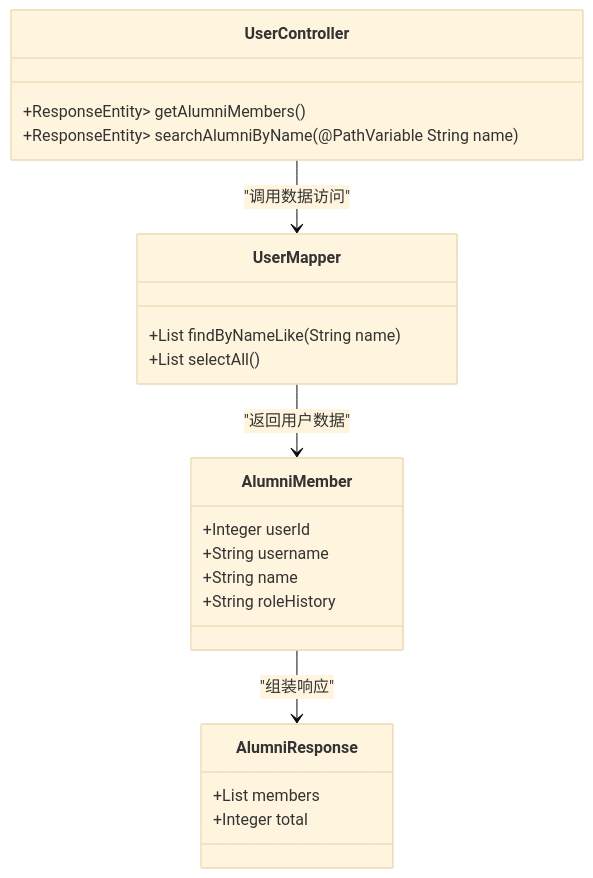
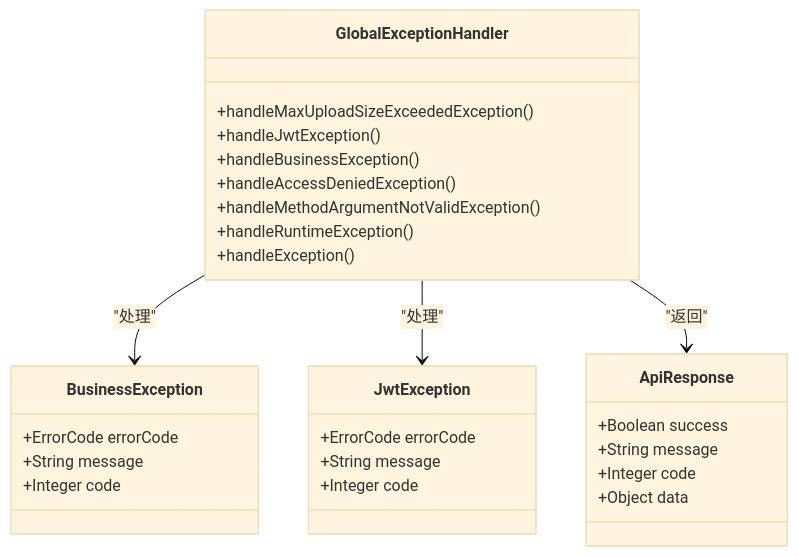
One commit to Redmoon-2333/HumanResourceOfficial changed diagram 11 of 12 in .qoder/repowiki/zh/content/项目概述.md. Above: the diagram before and after it, drawn with Mermaid (base theme). The commit also changed other lines of this file and 60 other files, not shown here.

````diff
--- a/.qoder/repowiki/zh/content/项目概述.md
+++ b/.qoder/repowiki/zh/content/项目概述.md
@@ -294,24 +570,31 @@
 ```mermaid
 classDiagram
-class AlumniMember {
-+Integer userId
-+String username
-+String name
-+String roleHistory
+class GlobalExceptionHandler {
++handleMaxUploadSizeExceededException()
++handleJwtException()
++handleBusinessException()
++handleAccessDeniedException()
++handleMethodArgumentNotValidException()
++handleRuntimeException()
++handleException()
 }
-class AlumniResponse {
-+List<AlumniMember> members
-+Integer total
+class BusinessException {
++ErrorCode errorCode
++String message
++Integer code
 }
-class UserController {
-+ResponseEntity<ApiResponse<AlumniResponse>> getAlumniMembers()
-+ResponseEntity<ApiResponse<AlumniResponse>> searchAlumniByName(@PathVariable String name)
+class JwtException {
++ErrorCode errorCode
++String message
++Integer code
 }
-class UserMapper {
-+List<User> findByNameLike(String name)
-+List<User> selectAll()
+class ApiResponse {
++Boolean success
++String message
++Integer code
++Object data
 }
-UserController --> UserMapper : "调用数据访问"
-UserMapper --> AlumniMember : "返回用户数据"
-AlumniMember --> AlumniResponse : "组装响应"
+GlobalExceptionHandler --> BusinessException : "处理"
+GlobalExceptionHandler --> JwtException : "处理"
+GlobalExceptionHandler --> ApiResponse : "返回"
 ```
````
